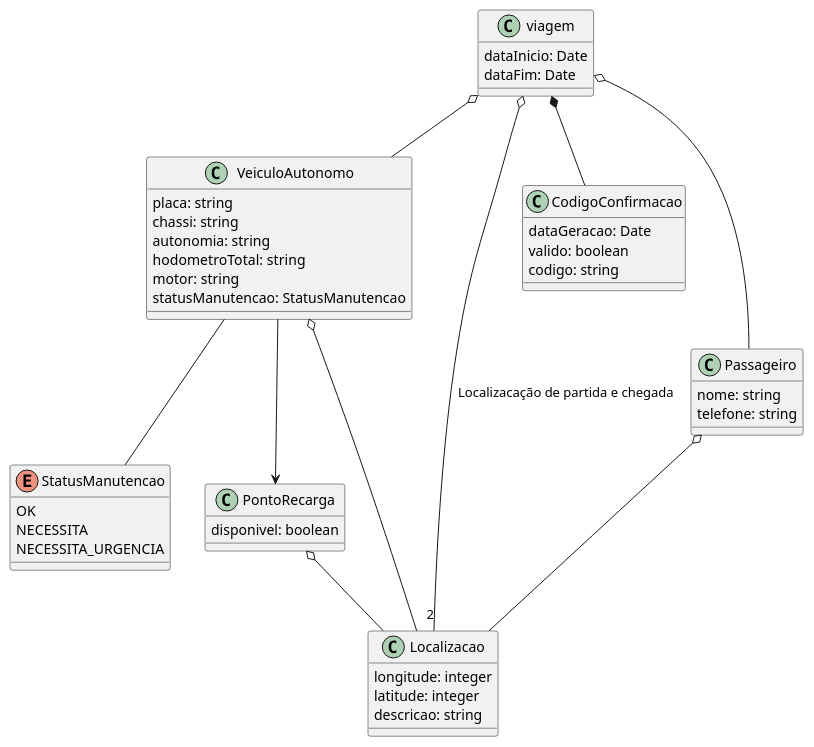
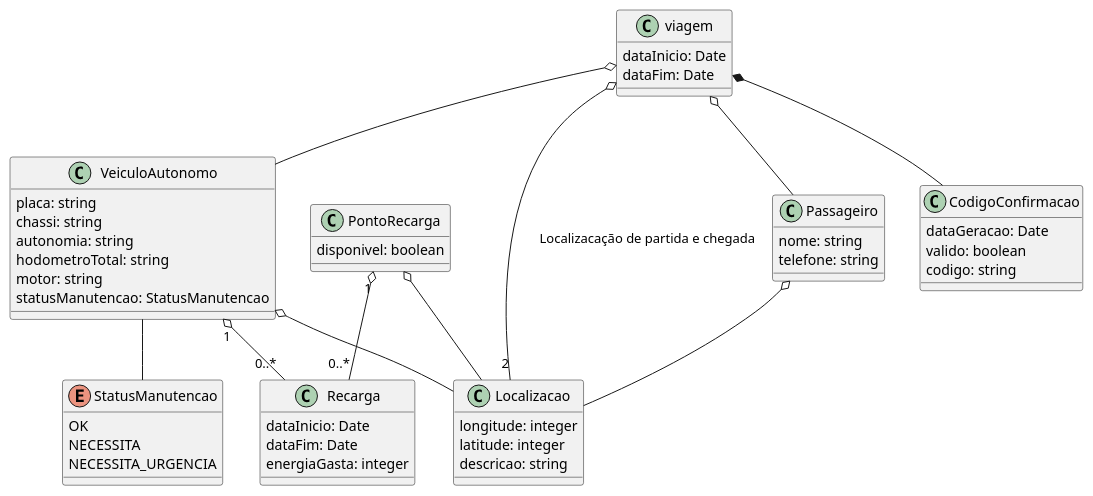
The diagram in trabalho_final/modelos_uml/modelo_dominio.plantuml (gilmarUFG/rs_es_20251_g6), drawn with PlantUML before and after one commit. The commit also changed 1 other file, not shown here.

```diff
--- a/trabalho_final/modelos_uml/modelo_dominio.plantuml
+++ b/trabalho_final/modelos_uml/modelo_dominio.plantuml
@@ -1,55 +1,62 @@
 @startuml
 class VeiculoAutonomo{
 placa: string
 chassi: string
 autonomia: string
 hodometroTotal: string
 motor: string
 statusManutencao: StatusManutencao
 }
 
 Enum StatusManutencao{
 OK
 NECESSITA
 NECESSITA_URGENCIA
 }
 
 class PontoRecarga{
 disponivel: boolean
 }
 
 class viagem{
 dataInicio: Date
 dataFim: Date
 }
 
 class Localizacao{
 longitude: integer
 latitude: integer
 descricao: string
 }
 
 class CodigoConfirmacao{
 dataGeracao: Date
 valido: boolean
 codigo: string
 }
 
 class Passageiro{
 nome: string
 telefone: string
 }
 
+class Recarga{
+dataInicio: Date
+dataFim: Date
+energiaGasta: integer
+}
+
 viagem o-- Passageiro
 viagem o-- VeiculoAutonomo
 viagem *-- CodigoConfirmacao
 viagem o-- "2" Localizacao: Localizacação de partida e chegada
 Passageiro o-- Localizacao
-VeiculoAutonomo --> PontoRecarga
 VeiculoAutonomo o-- Localizacao
 PontoRecarga o-- Localizacao
+PontoRecarga "1" o-- "0..*" Recarga
+VeiculoAutonomo "1" o-- "0..*" Recarga
 
 VeiculoAutonomo -- StatusManutencao
 
 
 @enduml
```
